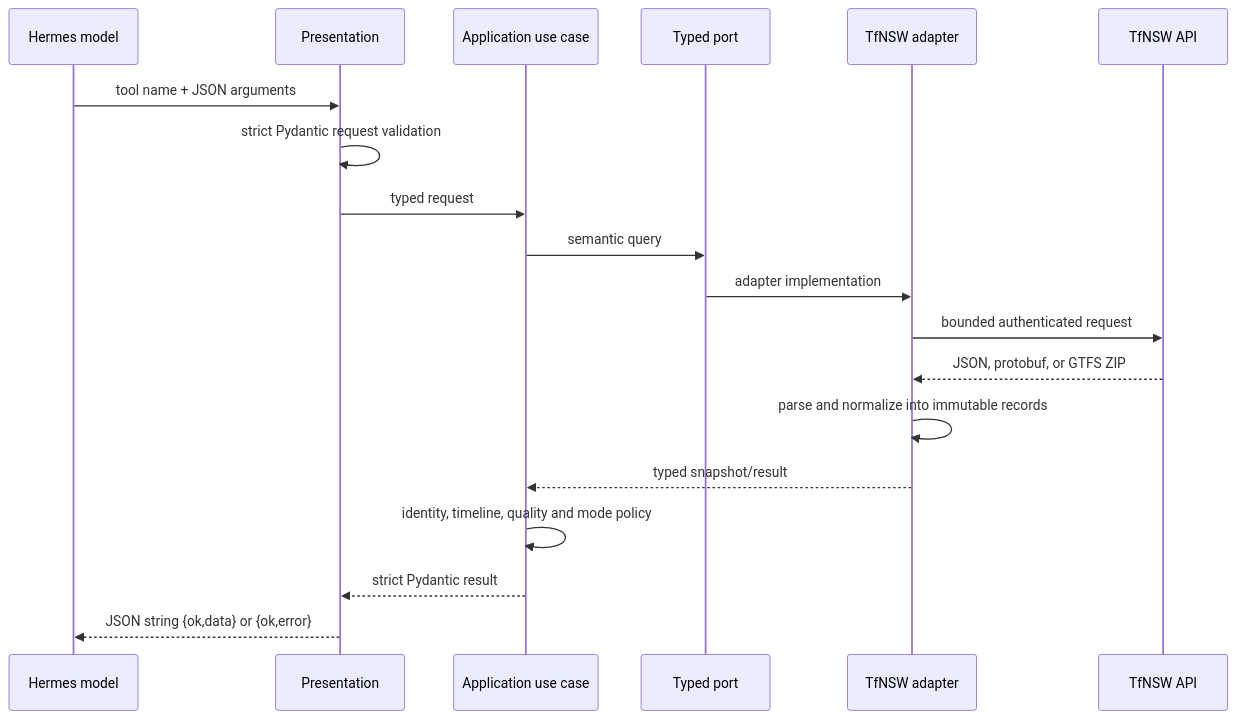
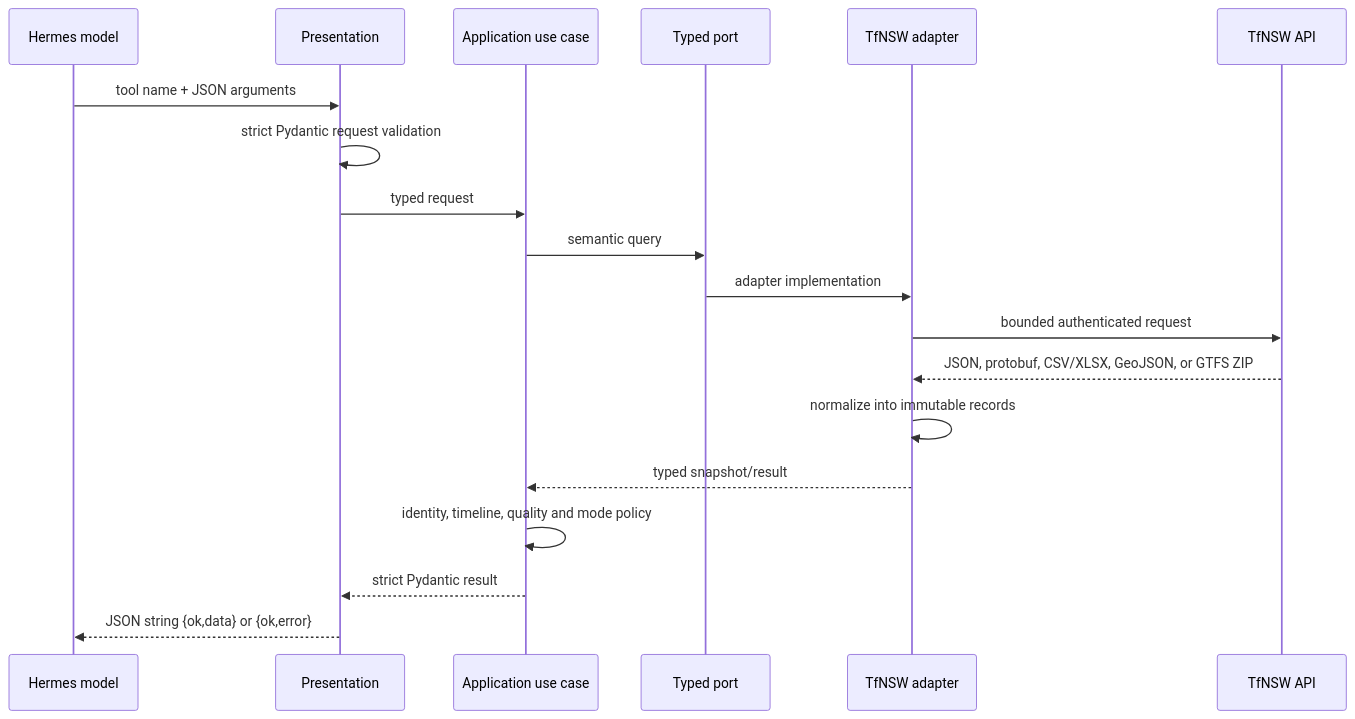
One commit to hongfeiyang/hermes-sydney-transport changed the diagram in docs/how-it-works.md. Above: the diagram before and after it, drawn with Mermaid. The commit also changed other lines of this file and 55 other files, not shown here.

````diff
--- a/docs/how-it-works.md
+++ b/docs/how-it-works.md
@@ -25,22 +25,22 @@
 ```mermaid
 sequenceDiagram
     participant M as Hermes model
     participant P as Presentation
     participant A as Application use case
     participant R as Typed port
     participant T as TfNSW adapter
     participant U as TfNSW API
 
     M->>P: tool name + JSON arguments
     P->>P: strict Pydantic request validation
     P->>A: typed request
     A->>R: semantic query
     R->>T: adapter implementation
     T->>U: bounded authenticated request
-    U-->>T: JSON, protobuf, or GTFS ZIP
-    T->>T: parse and normalize into immutable records
+    U-->>T: JSON, protobuf, CSV/XLSX, GeoJSON, or GTFS ZIP
+    T->>T: normalize into immutable records
     T-->>A: typed snapshot/result
     A->>A: identity, timeline, quality and mode policy
     A-->>P: strict Pydantic result
     P-->>M: JSON string {ok,data} or {ok,error}
 ```
````
